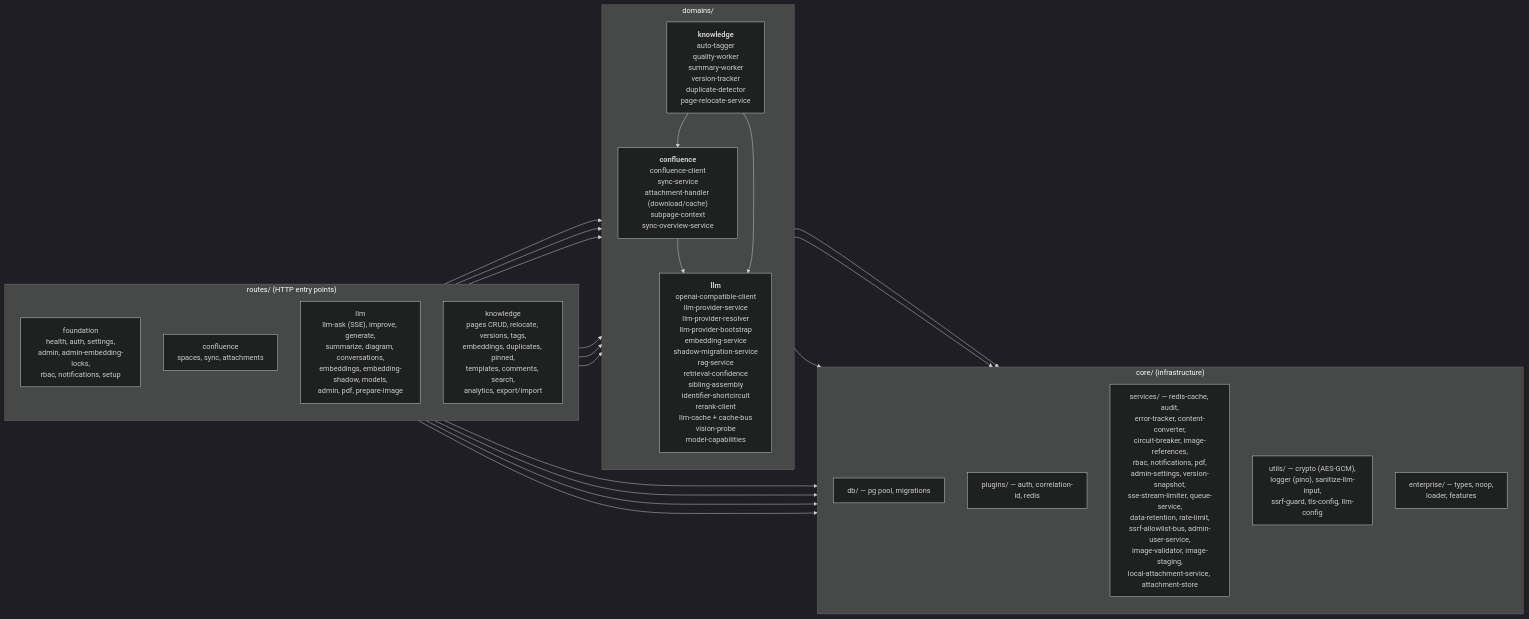
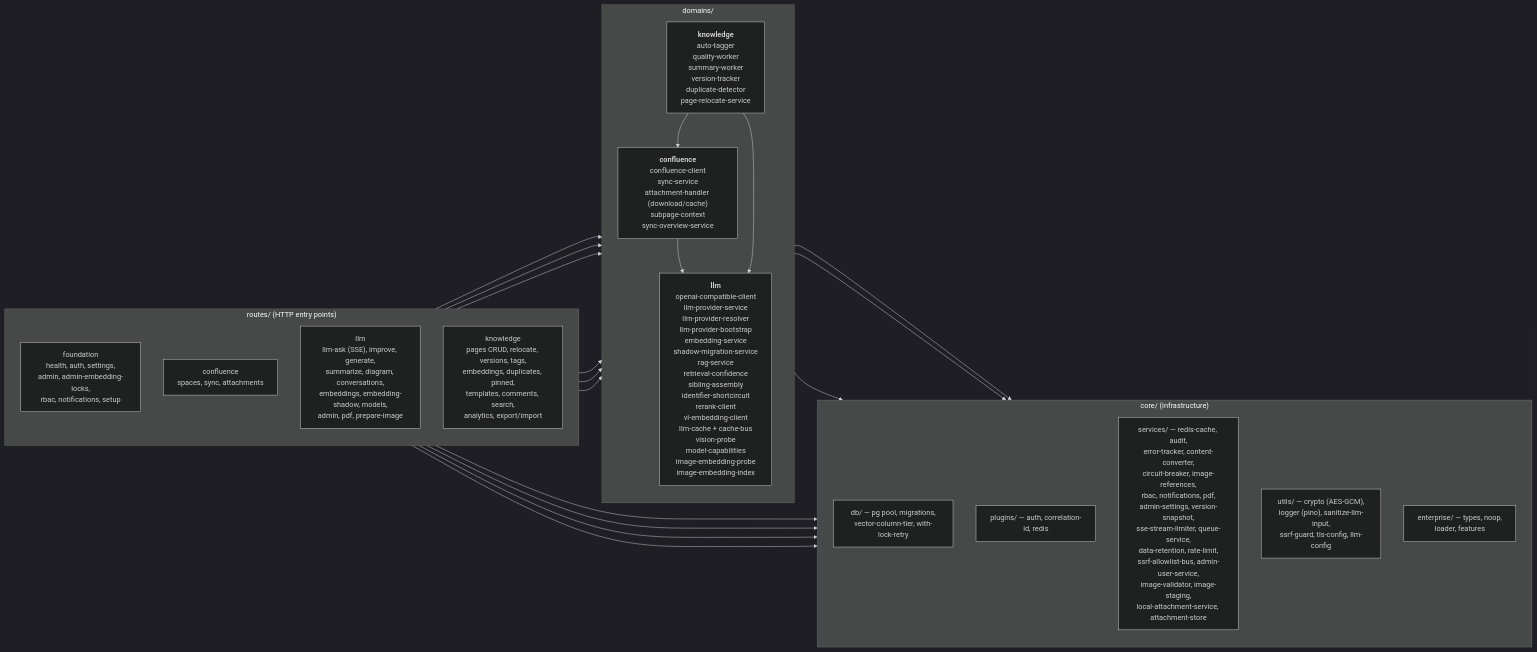
Before and after one commit to Compendiq/compendiq-ce: the first of 2 diagrams in docs/architecture/03-backend-domains.md, drawn with Mermaid (dark theme). The commit also changed other lines of this file and 32 other files, not shown here.

First line of the commit message:
feat(llm): image_embedding use case — VL embedding client, probe, runtime-typed image index, assignment UI (#1115)

````diff
--- a/docs/architecture/03-backend-domains.md
+++ b/docs/architecture/03-backend-domains.md
@@ -9,44 +9,44 @@
 ```mermaid
 flowchart LR
     subgraph routes["routes/ (HTTP entry points)"]
         direction TB
         rF["foundation<br/>health, auth, settings,<br/>admin, admin-embedding-locks,<br/>rbac, notifications, setup"]
         rC["confluence<br/>spaces, sync, attachments"]
         rL["llm<br/>llm-ask (SSE), improve, generate,<br/>summarize, diagram, conversations,<br/>embeddings, embedding-shadow, models,<br/>admin, pdf, prepare-image"]
         rK["knowledge<br/>pages CRUD, relocate, versions, tags,<br/>embeddings, duplicates, pinned,<br/>templates, comments, search,<br/>analytics, export/import"]
     end
 
     subgraph domains["domains/"]
         direction TB
         dC["<b>confluence</b><br/>confluence-client<br/>sync-service<br/>attachment-handler (download/cache)<br/>subpage-context<br/>sync-overview-service"]
-        dL["<b>llm</b><br/>openai-compatible-client<br/>llm-provider-service<br/>llm-provider-resolver<br/>llm-provider-bootstrap<br/>embedding-service<br/>shadow-migration-service<br/>rag-service<br/>retrieval-confidence<br/>sibling-assembly<br/>identifier-shortcircuit<br/>rerank-client<br/>llm-cache + cache-bus<br/>vision-probe<br/>model-capabilities"]
+        dL["<b>llm</b><br/>openai-compatible-client<br/>llm-provider-service<br/>llm-provider-resolver<br/>llm-provider-bootstrap<br/>embedding-service<br/>shadow-migration-service<br/>rag-service<br/>retrieval-confidence<br/>sibling-assembly<br/>identifier-shortcircuit<br/>rerank-client<br/>vl-embedding-client<br/>llm-cache + cache-bus<br/>vision-probe<br/>model-capabilities<br/>image-embedding-probe<br/>image-embedding-index"]
         dK["<b>knowledge</b><br/>auto-tagger<br/>quality-worker<br/>summary-worker<br/>version-tracker<br/>duplicate-detector<br/>page-relocate-service"]
     end
 
     subgraph core["core/ (infrastructure)"]
         direction TB
-        cDB["db/ — pg pool, migrations"]
+        cDB["db/ — pg pool, migrations,<br/>vector-column-tier, with-lock-retry"]
         cPlug["plugins/ — auth, correlation-id, redis"]
         cSvc["services/ — redis-cache, audit,<br/>error-tracker, content-converter,<br/>circuit-breaker, image-references,<br/>rbac, notifications, pdf,<br/>admin-settings, version-snapshot,<br/>sse-stream-limiter, queue-service,<br/>data-retention, rate-limit,<br/>ssrf-allowlist-bus, admin-user-service,<br/>image-validator, image-staging,<br/>local-attachment-service, attachment-store"]
         cUtil["utils/ — crypto (AES-GCM),<br/>logger (pino), sanitize-llm-input,<br/>ssrf-guard, tls-config, llm-config"]
         cEnt["enterprise/ — types, noop,<br/>loader, features"]
     end
 
     rF --> core
     rC --> core
     rC --> dC
     rL --> core
     rL --> dL
     rL --> dC
     rK --> core
     rK --> dK
     rK --> dL
     rK --> dC
 
     dC --> core
     dC --> dL
     dL --> core
     dK --> core
     dK --> dL
     dK --> dC
 ```
````
